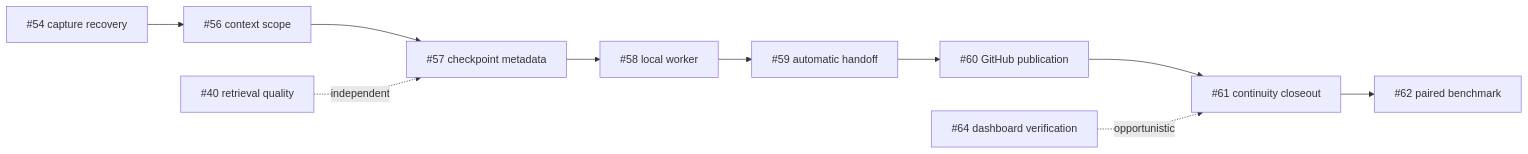
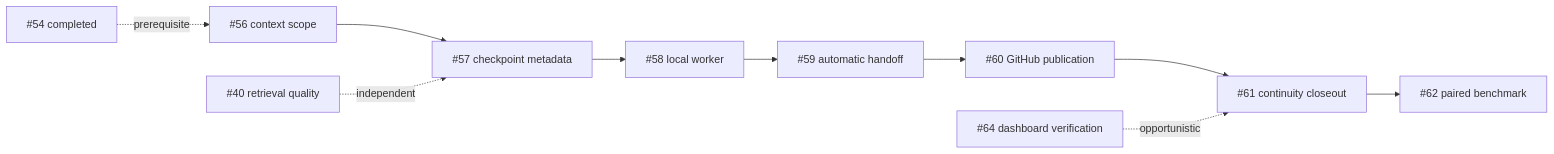
The diagram in docs/issue-priority-order.md (vib28/ai-memory-hub), drawn with Mermaid before and after one commit. The commit also changed other lines of this file and 6 other files, not shown here.

````diff
--- a/docs/issue-priority-order.md
+++ b/docs/issue-priority-order.md
@@ -9,12 +9,12 @@
 ```mermaid
 flowchart LR
-    A["#54 capture recovery"] --> B["#56 context scope"]
-    B --> C["#57 checkpoint metadata"]
-    C --> D["#58 local worker"]
-    D --> E["#59 automatic handoff"]
-    E --> F["#60 GitHub publication"]
-    F --> G["#61 continuity closeout"]
-    G --> H["#62 paired benchmark"]
-    I["#40 retrieval quality"] -. independent .-> C
-    J["#64 dashboard verification"] -. opportunistic .-> G
+    A["#56 context scope"] --> B["#57 checkpoint metadata"]
+    P["#54 completed"] -. prerequisite .-> A
+    B --> C["#58 local worker"]
+    C --> D["#59 automatic handoff"]
+    D --> E["#60 GitHub publication"]
+    E --> F["#61 continuity closeout"]
+    F --> G["#62 paired benchmark"]
+    I["#40 retrieval quality"] -. independent .-> B
+    J["#64 dashboard verification"] -. opportunistic .-> F
 ```
````
